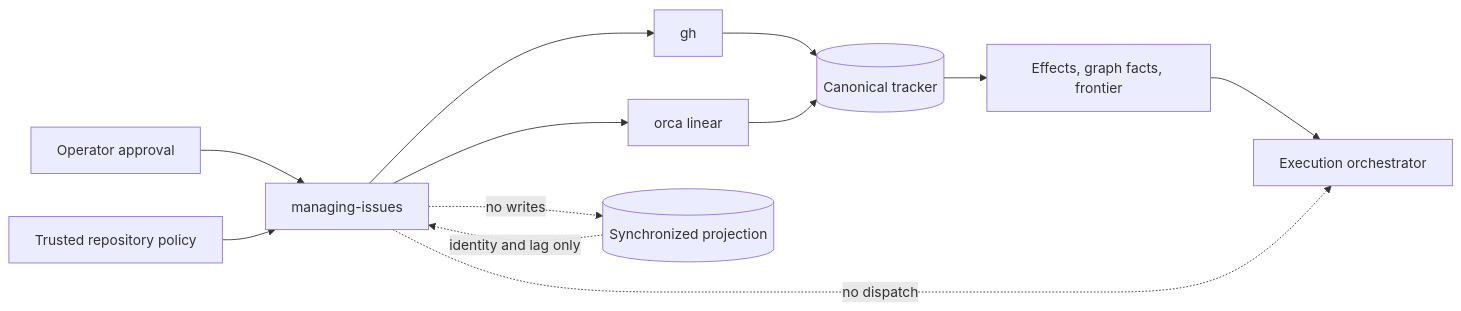
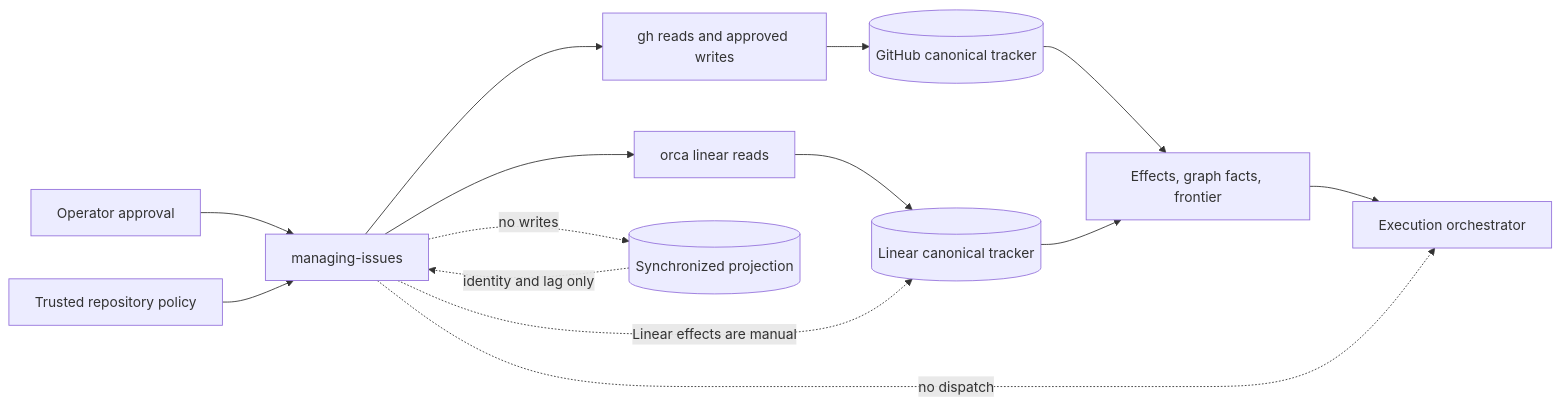
Before and after one commit to jrgilbertson/the-rookery: the diagram in docs/plans/2026-08-12-001-feat-managing-issues-skill-plan.md, drawn with Mermaid. The commit also changed other lines of this file and 63 other files, not shown here.

````diff
--- a/docs/plans/2026-08-12-001-feat-managing-issues-skill-plan.md
+++ b/docs/plans/2026-08-12-001-feat-managing-issues-skill-plan.md
@@ -171,15 +171,17 @@
 ```mermaid
 flowchart LR
   O[Operator approval] --> S[managing-issues]
   P[Trusted repository policy] --> S
-  S --> H[gh]
-  S --> L[orca linear]
-  H --> T[(Canonical tracker)]
-  L --> T
+  S --> H[gh reads and approved writes]
+  S --> L[orca linear reads]
+  H --> T[(GitHub canonical tracker)]
+  L --> LT[(Linear canonical tracker)]
   X[(Synchronized projection)] -. identity and lag only .-> S
   T --> R[Effects, graph facts, frontier]
+  LT --> R
   R --> E[Execution orchestrator]
 
   S -. no writes .-> X
+  S -. Linear effects are manual .-> LT
   S -. no dispatch .-> E
 ```
````
